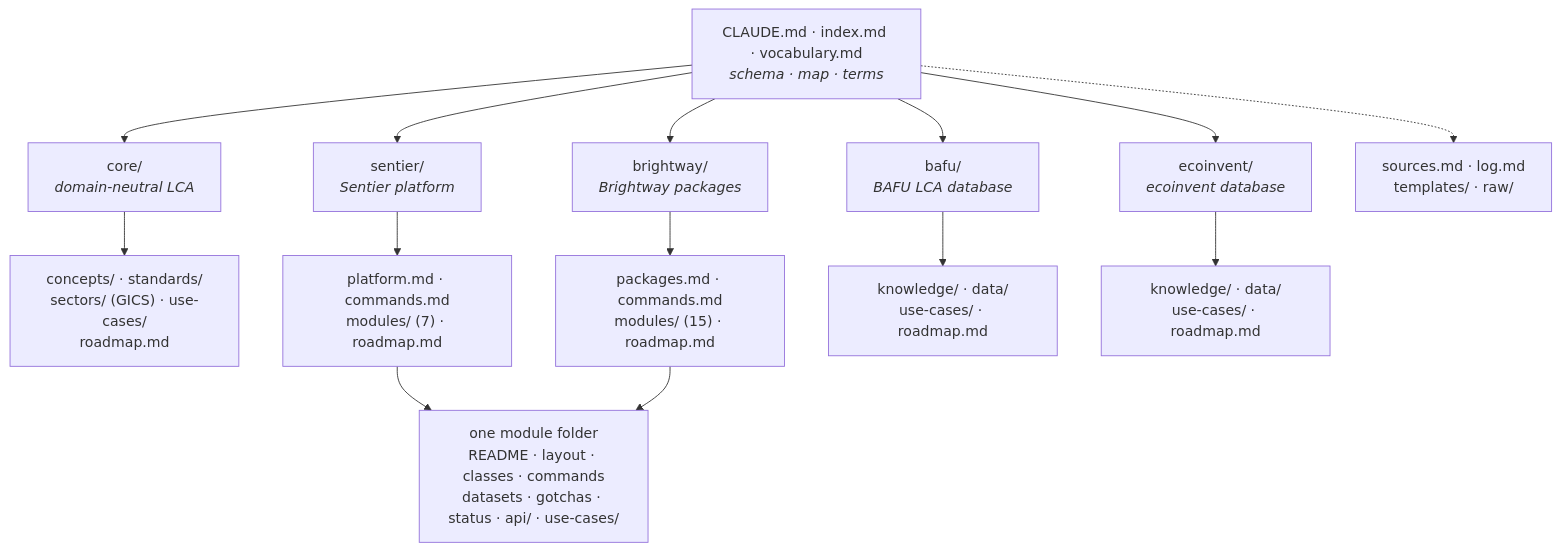
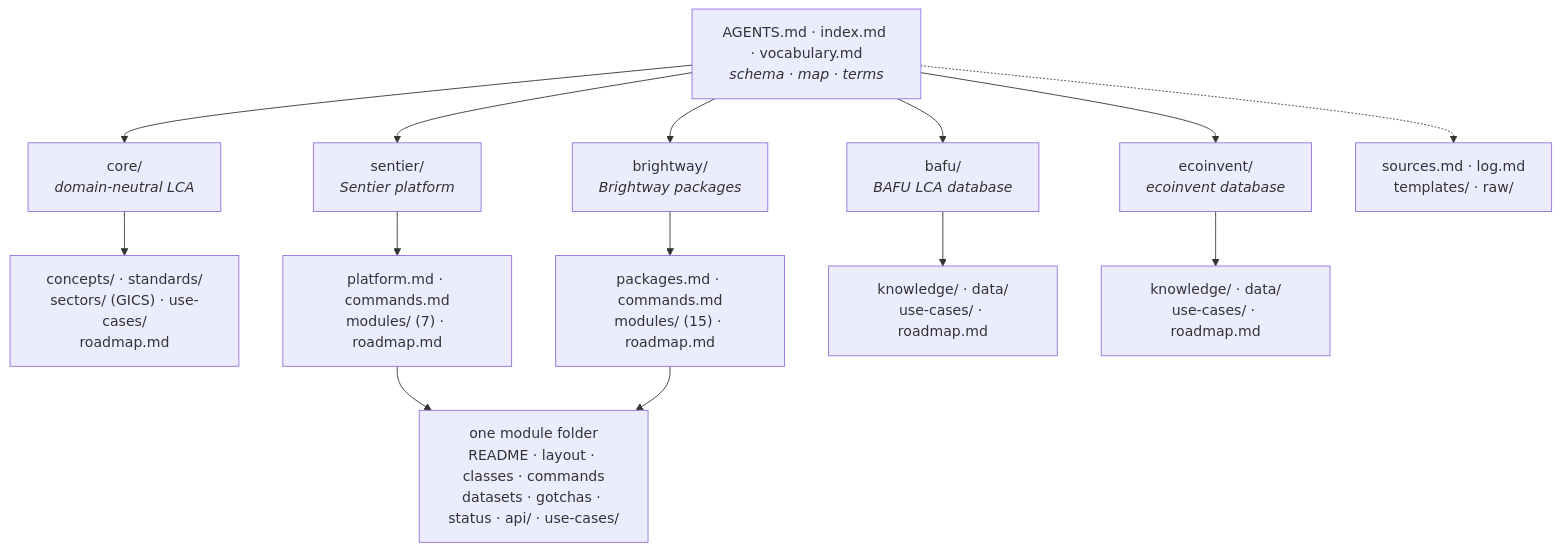
The diagram in README.md (sentier-dev/lca-wiki), drawn with Mermaid before and after one commit. The commit also changed other lines of this file and 17 other files, not shown here.

First line of the commit message:
docs: AGENTS.md is the canonical schema, CLAUDE.md a symlink to it

````diff
--- a/README.md
+++ b/README.md
@@ -8,17 +8,17 @@
 ```mermaid
 flowchart TD
-    entry["CLAUDE.md · index.md · vocabulary.md<br/><i>schema · map · terms</i>"]
+    entry["AGENTS.md · index.md · vocabulary.md<br/><i>schema · map · terms</i>"]
     entry --> core["core/<br/><i>domain-neutral LCA</i>"]
     entry --> sentier["sentier/<br/><i>Sentier platform</i>"]
     entry --> brightway["brightway/<br/><i>Brightway packages</i>"]
     entry --> bafu["bafu/<br/><i>BAFU LCA database</i>"]
     entry --> ecoinvent["ecoinvent/<br/><i>ecoinvent database</i>"]
     core --> coreSub["concepts/ · standards/<br/>sectors/ (GICS) · use-cases/<br/>roadmap.md"]
     sentier --> sentierSub["platform.md · commands.md<br/>modules/ (7) · roadmap.md"]
     brightway --> bwSub["packages.md · commands.md<br/>modules/ (15) · roadmap.md"]
     bafu --> bafuSub["knowledge/ · data/<br/>use-cases/ · roadmap.md"]
     ecoinvent --> ecoSub["knowledge/ · data/<br/>use-cases/ · roadmap.md"]
     sentierSub --> module["one module folder<br/>README · layout · classes · commands<br/>datasets · gotchas · status · api/ · use-cases/"]
     bwSub --> module
     entry -.-> shared["sources.md · log.md<br/>templates/ · raw/"]
 ```
````
